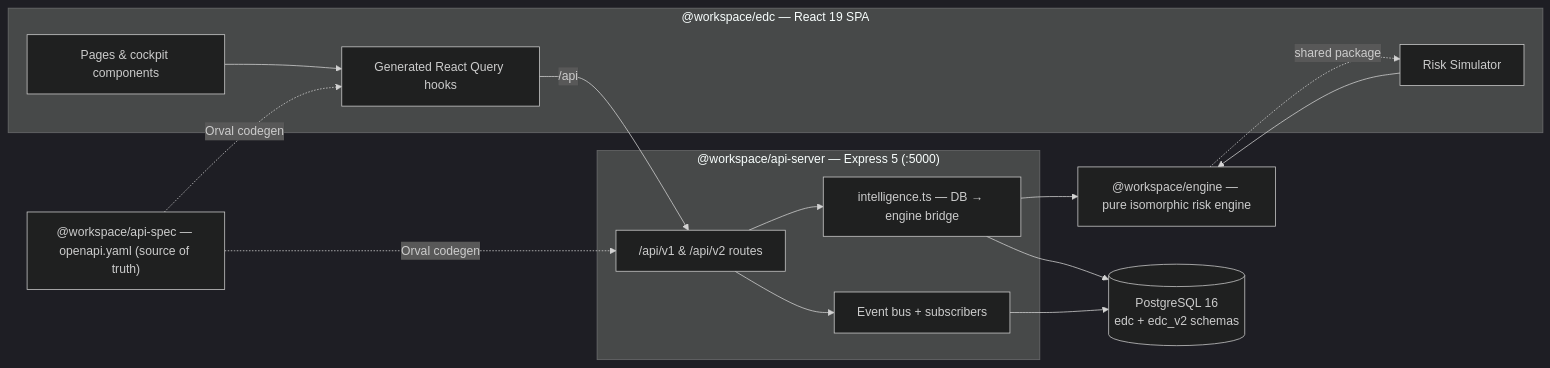
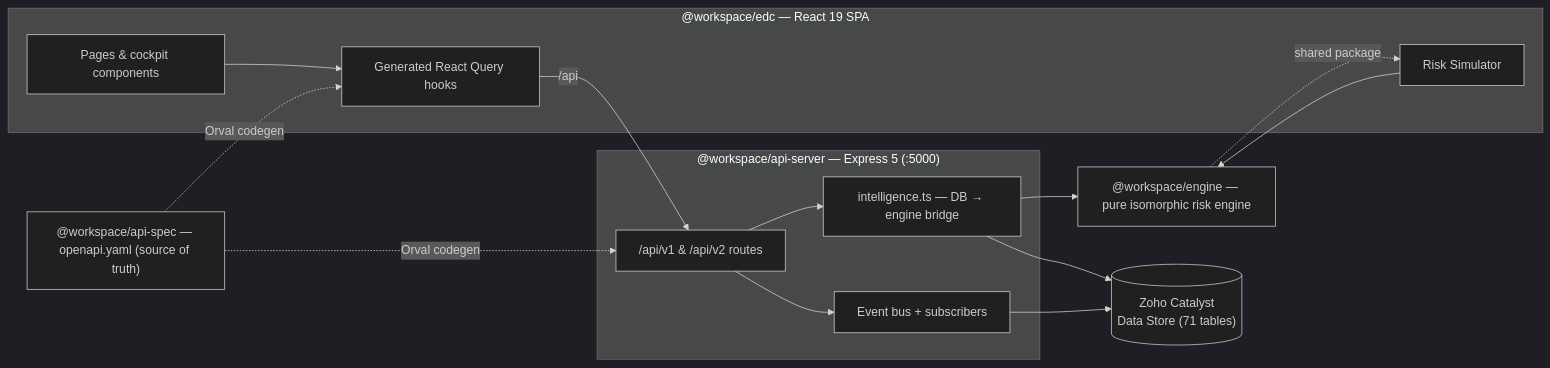
One commit to dwaipayan-g-6158/enterprise-deal-commander changed the diagram in README.md. Above: the diagram before and after it, drawn with Mermaid (dark theme). The commit also changed other lines of this file and 3 other files, not shown here.

````diff
--- a/README.md
+++ b/README.md
@@ -84,25 +83,25 @@
 ```mermaid
 flowchart LR
     subgraph Client["@workspace/edc — React 19 SPA"]
         UI[Pages & cockpit components]
         RQ[Generated React Query hooks]
         SIM[Risk Simulator]
     end
     subgraph Server["@workspace/api-server — Express 5 (:5000)"]
         R["/api/v1 & /api/v2 routes"]
         INT[intelligence.ts — DB → engine bridge]
         BUS[Event bus + subscribers]
     end
     ENG["@workspace/engine — pure isomorphic risk engine"]
-    DB[("PostgreSQL 16<br/>edc + edc_v2 schemas")]
+    DB[("Zoho Catalyst<br/>Data Store (71 tables)")]
     SPEC["@workspace/api-spec — openapi.yaml (source of truth)"]
 
     UI --> RQ -->|"/api"| R
     R --> INT --> ENG
     INT --> DB
     R --> BUS --> DB
     SIM --> ENG
     SPEC -.->|Orval codegen| RQ
     SPEC -.->|Orval codegen| R
     ENG -. shared package .-> SIM
 ```
````
